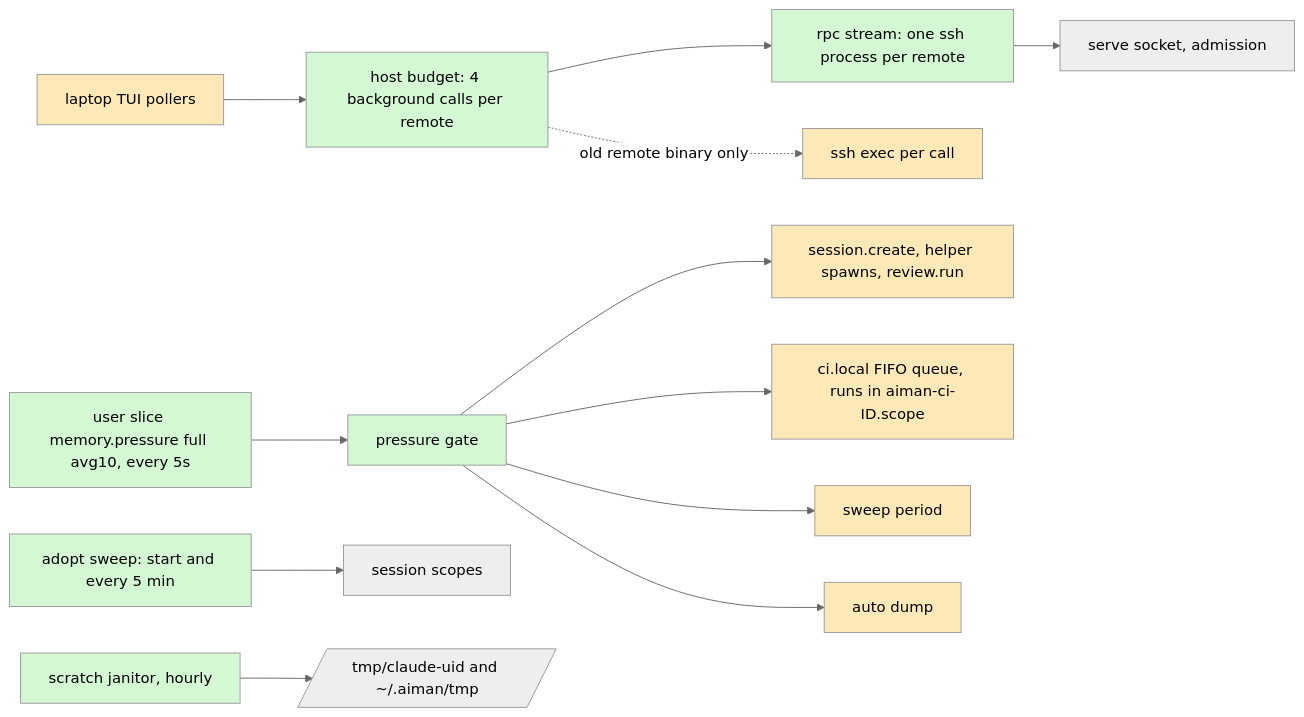
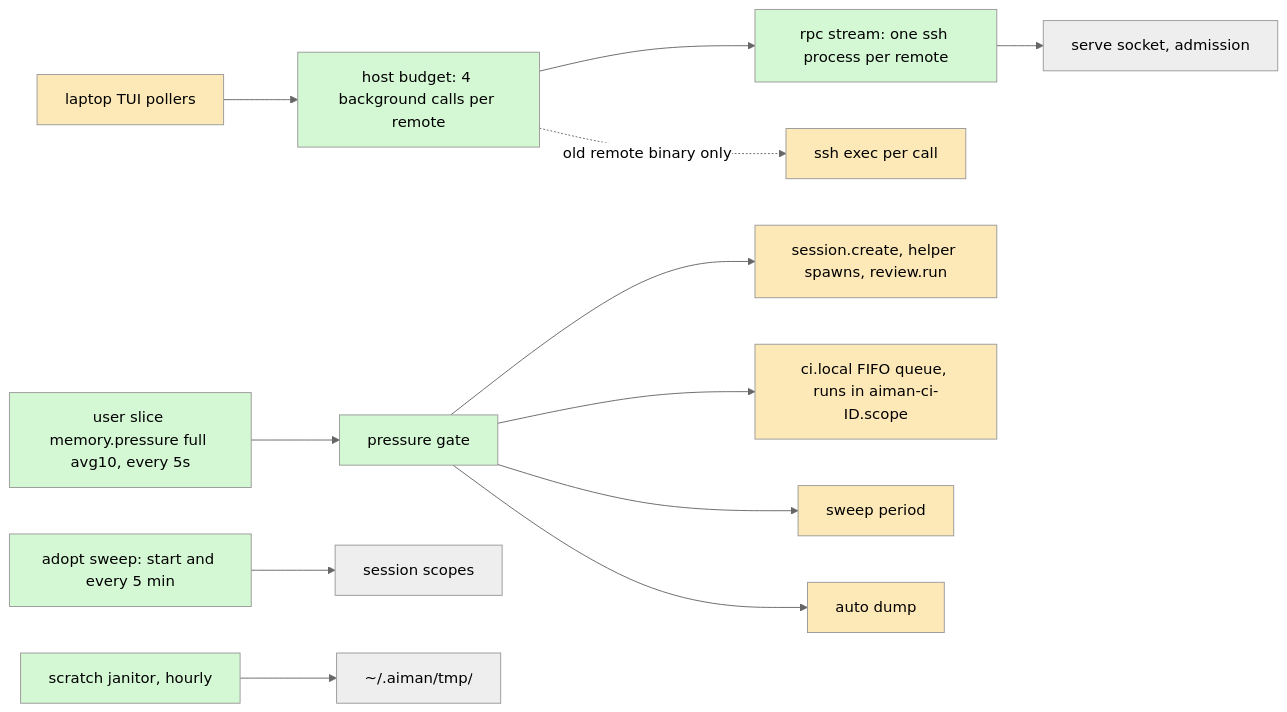
The third of 3 diagrams in docs/specs/client-pileup-guard.md (bouwerp/aiman), drawn with Mermaid (neutral theme) before and after one commit. The commit also changed other lines of this file, not shown here.

````diff
--- a/docs/specs/client-pileup-guard.md
+++ b/docs/specs/client-pileup-guard.md
@@ -97,17 +97,17 @@
 ```mermaid
 flowchart LR
   classDef new fill:#d4f7d4
   classDef changed fill:#fde9b8
   classDef removed stroke-dasharray:4,fill:#f9d0d0
   tui[laptop TUI pollers]:::changed --> budget[host budget: 4 background calls per remote]:::new
   budget --> stream[rpc stream: one ssh process per remote]:::new
   budget -.->|old remote binary only| exec[ssh exec per call]:::changed
   stream --> sock[serve socket, admission]
   psi[user slice memory.pressure full avg10, every 5s]:::new --> gate[pressure gate]:::new
   gate --> create[session.create, helper spawns, review.run]:::changed
   gate --> ciq[ci.local FIFO queue, runs in aiman-ci-ID.scope]:::changed
   gate --> sweep[sweep period]:::changed
   gate --> dump[auto dump]:::changed
   adopt[adopt sweep: start and every 5 min]:::new --> scopes[session scopes]
-  janitor[scratch janitor, hourly]:::new --> tmp[/tmp/claude-uid and ~/.aiman/tmp/]
+  janitor[scratch janitor, hourly]:::new --> tmp[~/.aiman/tmp/]
 ```
````
